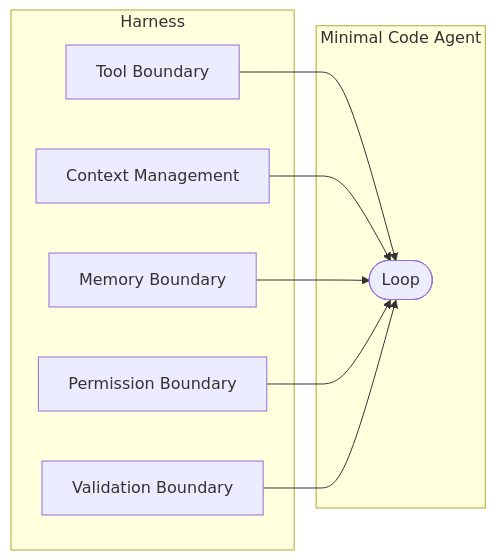
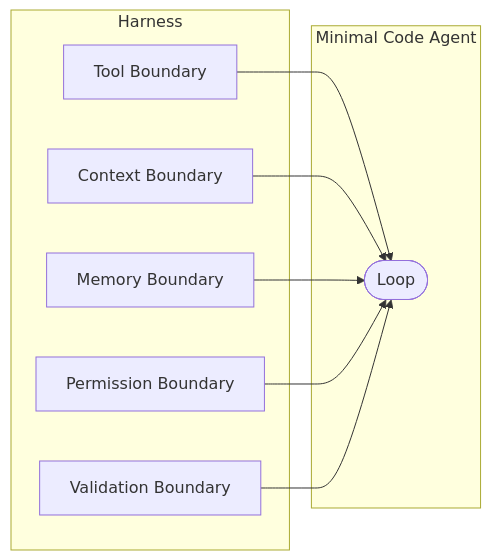
One commit to xixiaofinland/blog changed the third of 3 diagrams in src/ai-minimal-agent.md. Above: the diagram before and after it, drawn with Mermaid. The commit also changed other lines of this file, not shown here.

Commit message:
docs: rename Context Management to Context Boundary in wrap-up diagram

````diff
--- a/src/ai-minimal-agent.md
+++ b/src/ai-minimal-agent.md
@@ -464,14 +464,14 @@
 ```mermaid
 flowchart LR
     subgraph Minimal["Minimal Code Agent"]
         L([Loop])
     end
 
     subgraph Harness["Harness"]
         TB[Tool Boundary] --> L
-        CB[Context Management] --> L
+        CB[Context Boundary] --> L
         MB[Memory Boundary] --> L
         PB[Permission Boundary] --> L
         VB[Validation Boundary] --> L
     end
 ```
````
